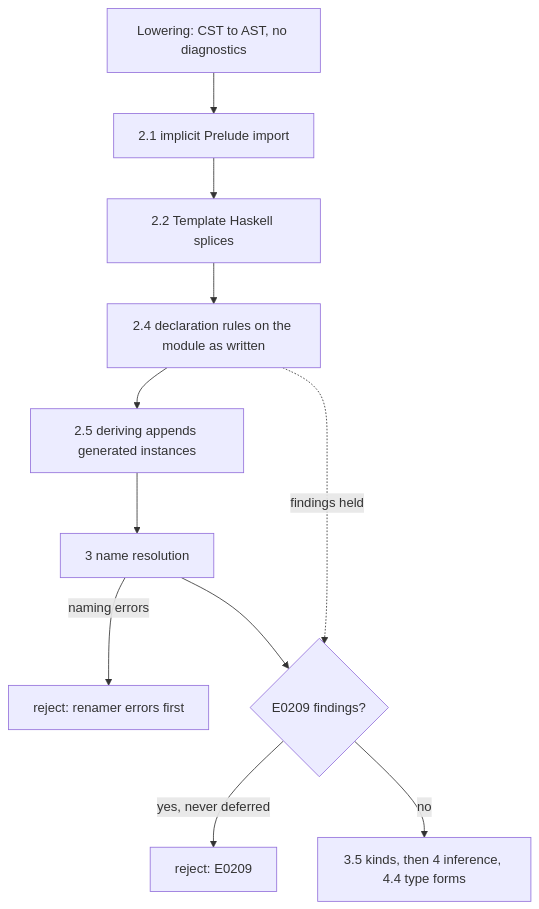
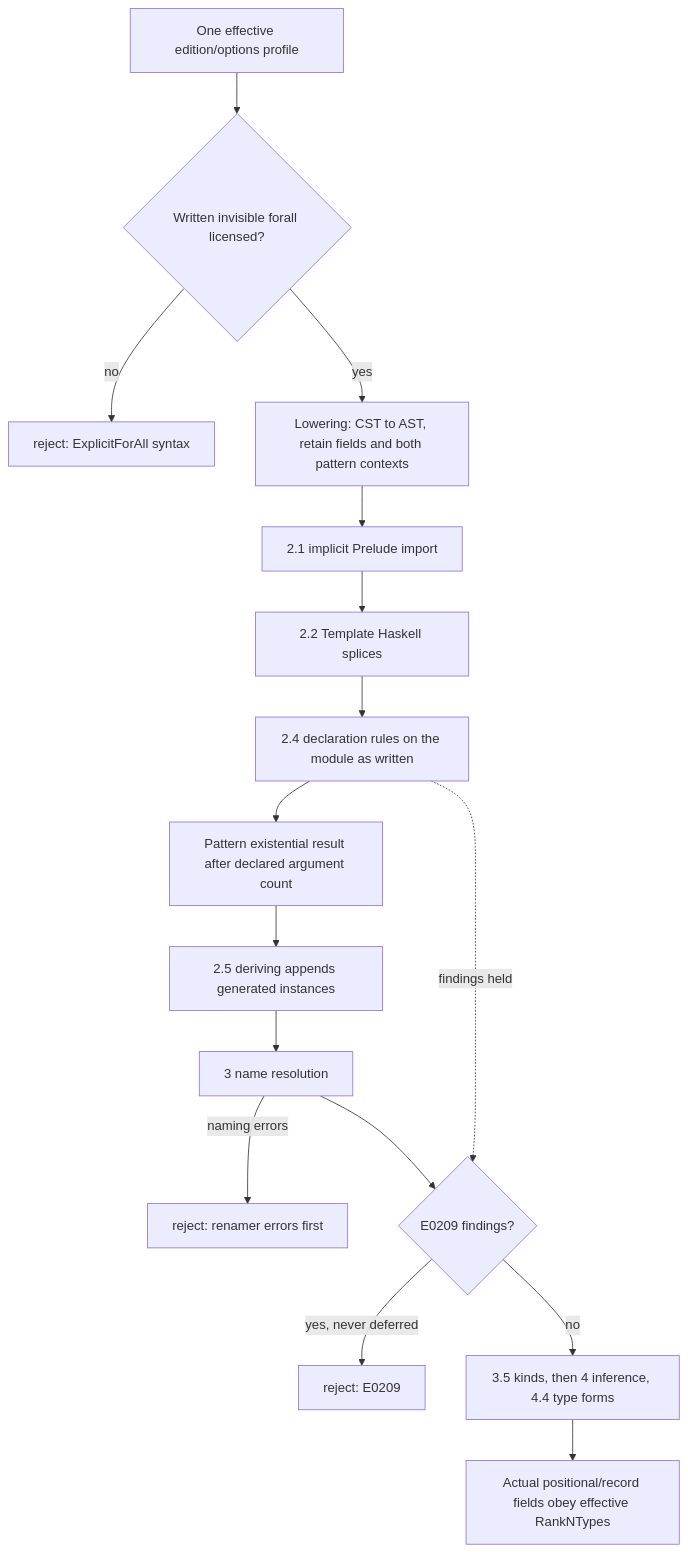
One commit to loveJesus/haskelujah-chirho changed the diagram in spec-chirho/workflows-chirho/compiler-pipeline-chirho/declaration-validity-chirho.md. Above: the diagram before and after it, drawn with Mermaid. The commit also changed other lines of this file and 5 other files, not shown here.

Commit message:
Honor source type licences and pattern existential scope Chirho

````diff
--- a/spec-chirho/workflows-chirho/compiler-pipeline-chirho/declaration-validity-chirho.md
+++ b/spec-chirho/workflows-chirho/compiler-pipeline-chirho/declaration-validity-chirho.md
@@ -11,13 +11,18 @@
 ```mermaid
 flowchart TD
-    lower_chirho["Lowering: CST to AST, no diagnostics"] --> prelude_chirho["2.1 implicit Prelude import"]
+    profile_chirho["One effective edition/options profile"] --> syntax_chirho{"Written invisible forall licensed?"}
+    syntax_chirho -->|no| syntax_stop_chirho["reject: ExplicitForAll syntax"]
+    syntax_chirho -->|yes| lower_chirho["Lowering: CST to AST, retain fields and both pattern contexts"]
+    lower_chirho --> prelude_chirho["2.1 implicit Prelude import"]
     prelude_chirho --> splices_chirho["2.2 Template Haskell splices"]
     splices_chirho --> compute_chirho["2.4 declaration rules on the module as written"]
-    compute_chirho --> deriving_chirho["2.5 deriving appends generated instances"]
+    compute_chirho --> pattern_chirho["Pattern existential result after declared argument count"]
+    pattern_chirho --> deriving_chirho["2.5 deriving appends generated instances"]
     deriving_chirho --> naming_chirho["3 name resolution"]
     naming_chirho -->|naming errors| naming_stop_chirho["reject: renamer errors first"]
     naming_chirho --> report_chirho{"E0209 findings?"}
     compute_chirho -. findings held .-> report_chirho
     report_chirho -->|yes, never deferred| validity_stop_chirho["reject: E0209"]
     report_chirho -->|no| kinds_chirho["3.5 kinds, then 4 inference, 4.4 type forms"]
+    kinds_chirho --> fields_chirho["Actual positional/record fields obey effective RankNTypes"]
 ```
````
